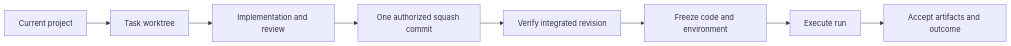
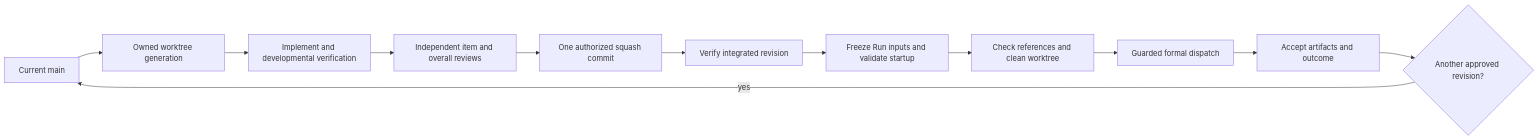
The diagram in README.md (zihaozou/task-workflow-plugin), drawn with Mermaid before and after one commit. The commit also changed other lines of this file and 35 other files, not shown here.

````diff
--- a/README.md
+++ b/README.md
@@ -248,10 +252,14 @@
 ```mermaid
 flowchart LR
-  A[Current project] --> B[Task worktree]
-  B --> C[Implementation and review]
-  C --> D[One authorized squash commit]
-  D --> E[Verify integrated revision]
-  E --> F[Freeze code and environment]
-  F --> G[Execute run]
-  G --> H[Accept artifacts and outcome]
+  A[Current main] --> B[Owned worktree generation]
+  B --> C[Implement and developmental verification]
+  C --> D[Independent item and overall reviews]
+  D --> E[One authorized squash commit]
+  E --> F[Verify integrated revision]
+  F --> G[Freeze Run inputs and validate startup]
+  G --> H[Check references and clean worktree]
+  H --> I[Guarded formal dispatch]
+  I --> J[Accept artifacts and outcome]
+  J --> K{Another approved revision?}
+  K -->|yes| A
 ```
````
